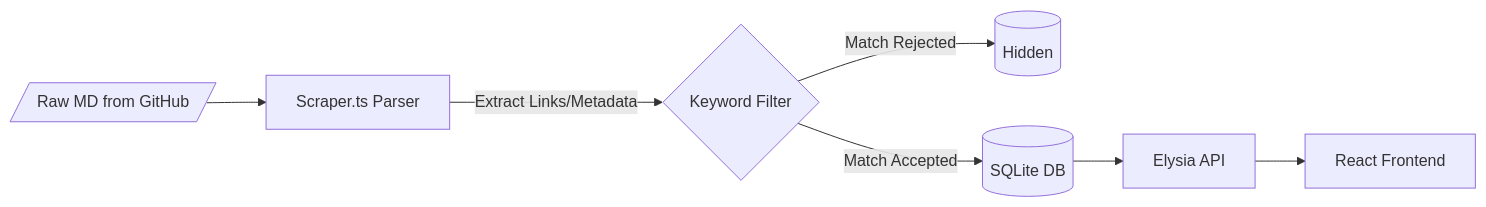
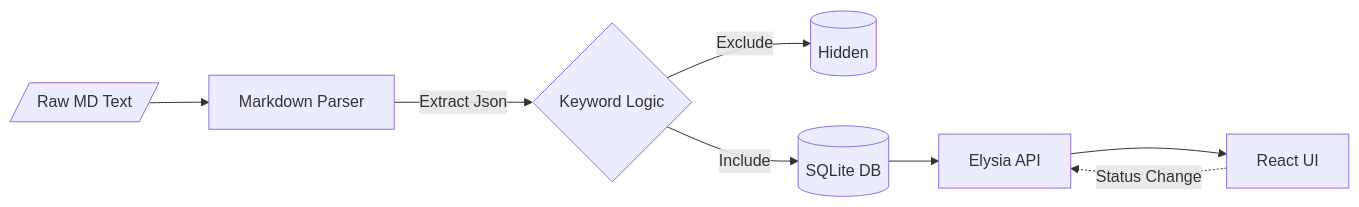
One commit to WomB0ComB0/job-dashboard changed the second of 3 diagrams in README.md. Above: the diagram before and after it, drawn with Mermaid. The commit also changed other lines of this file, not shown here.

````diff
--- a/README.md
+++ b/README.md
@@ -93,9 +95,11 @@
 ```mermaid
 flowchart LR
-    MD[/"Raw MD from GitHub"/] --> Parser["Scraper.ts Parser"]
-    Parser --> |"Extract Links/Metadata"| Filter{"Keyword Filter"}
-    Filter --> |"Match Rejected"| Trash[("Hidden")]
-    Filter --> |"Match Accepted"| Persist[("SQLite DB")]
-    Persist --> API["Elysia API"]
-    API --> UI["React Frontend"]
+    MD[/"Raw MD Text"/] --> Parser["Markdown Parser"]
+    Parser --> |"Extract Json"| Filter{"Keyword Logic"}
+    Filter --> |"Exclude"| Trash[("Hidden")]
+    Filter --> |"Include"| SQLite[("SQLite DB")]
+    SQLite --> API["Elysia API"]
+    API --> UI["React UI"]
+    
+    UI -.-> |"Status Change"| API
 ```
````
